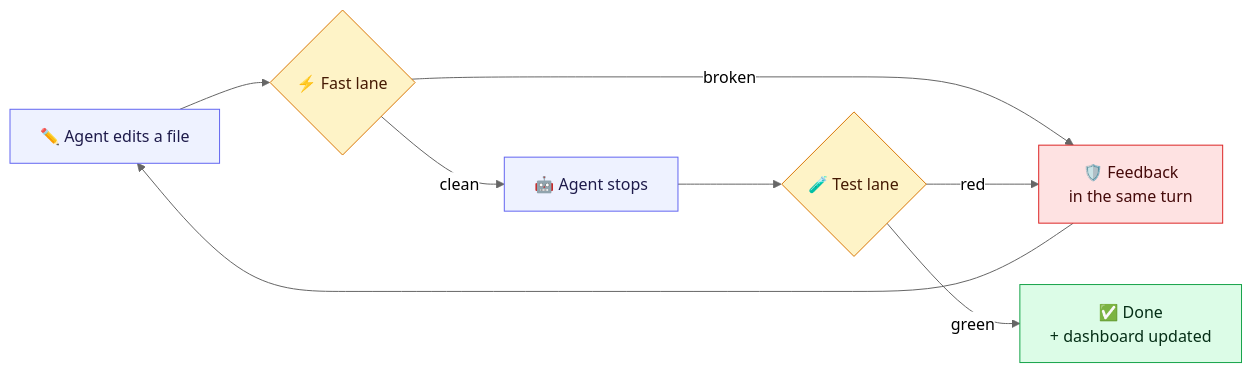
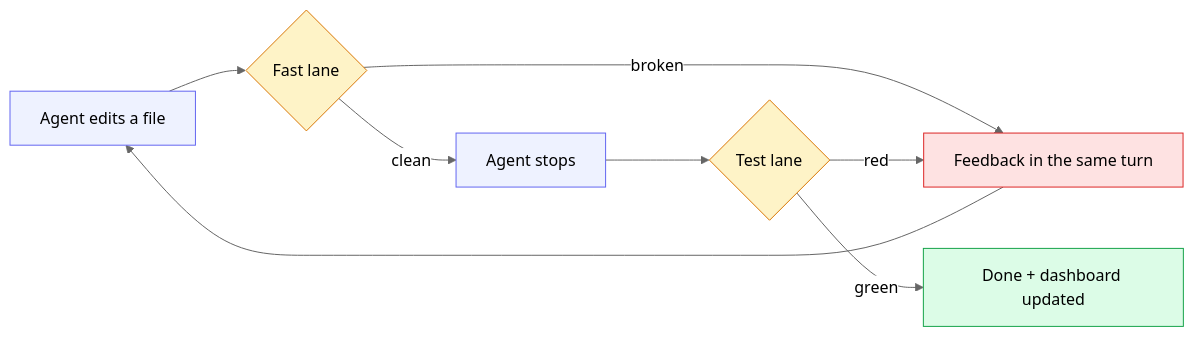
The diagram in README.md (Artemik0922/revizor), drawn with Mermaid (neutral theme) before and after one commit. The commit also changed 1 other file, not shown here.

Commit message:
docs: fix mermaid diagram syntax (quoted labels, no emoji in nodes)

````diff
--- a/README.md
+++ b/README.md
@@ -41,17 +41,17 @@
 ```mermaid
 flowchart LR
-    A[✏️ Agent edits a file] --> B{⚡ Fast lane}
-    B -- broken --> C[🛡️ Feedback<br/>in the same turn]
+    A["Agent edits a file"] --> B{"Fast lane"}
+    B -- "broken" --> C["Feedback in the same turn"]
     C --> A
-    B -- clean --> D[🤖 Agent stops]
-    D --> E{🧪 Test lane}
-    E -- red --> C
-    E -- green --> F[✅ Done<br/>+ dashboard updated]
+    B -- "clean" --> D["Agent stops"]
+    D --> E{"Test lane"}
+    E -- "red" --> C
+    E -- "green" --> F["Done + dashboard updated"]
 
-    style A fill:#eef2ff,stroke:#6366f1,color:#1e1b4b
-    style B fill:#fef3c7,stroke:#d97706,color:#451a03
-    style C fill:#fee2e2,stroke:#dc2626,color:#450a0a
-    style D fill:#eef2ff,stroke:#6366f1,color:#1e1b4b
-    style E fill:#fef3c7,stroke:#d97706,color:#451a03
-    style F fill:#dcfce7,stroke:#16a34a,color:#052e16
+    style A fill:#eef2ff,stroke:#6366f1
+    style B fill:#fef3c7,stroke:#d97706
+    style C fill:#fee2e2,stroke:#dc2626
+    style D fill:#eef2ff,stroke:#6366f1
+    style E fill:#fef3c7,stroke:#d97706
+    style F fill:#dcfce7,stroke:#16a34a
 ```
````
